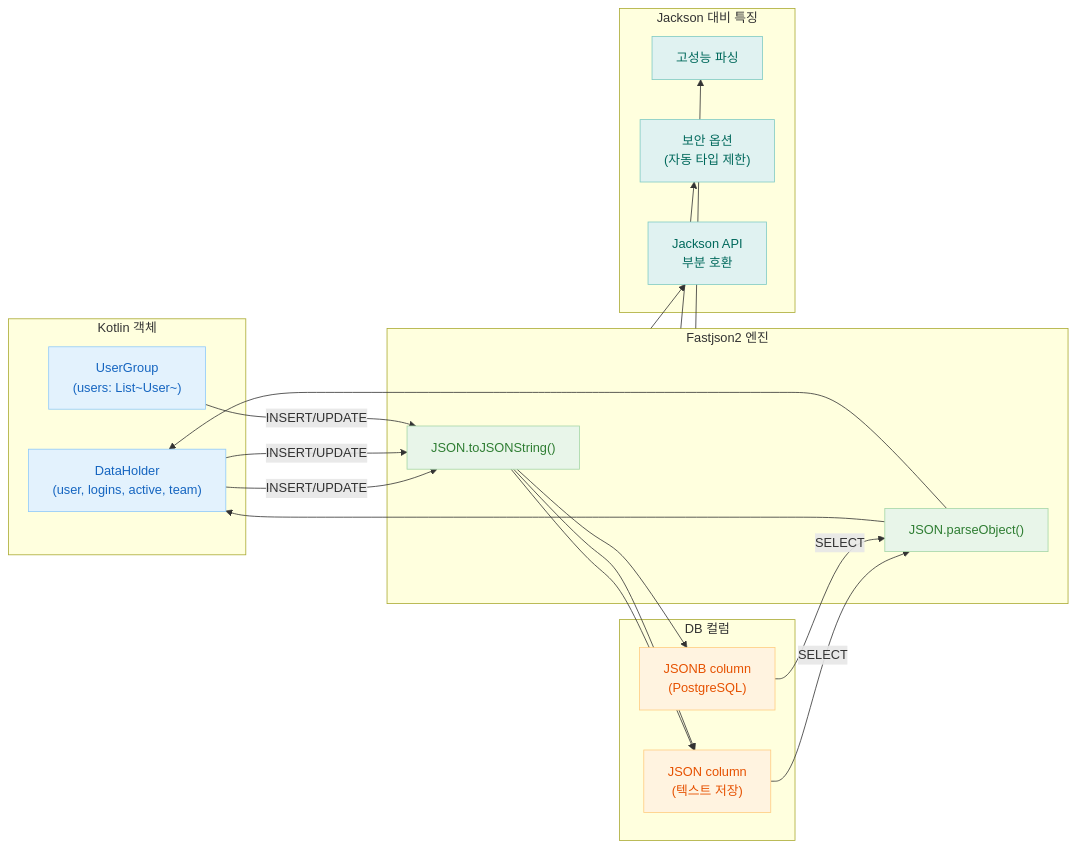
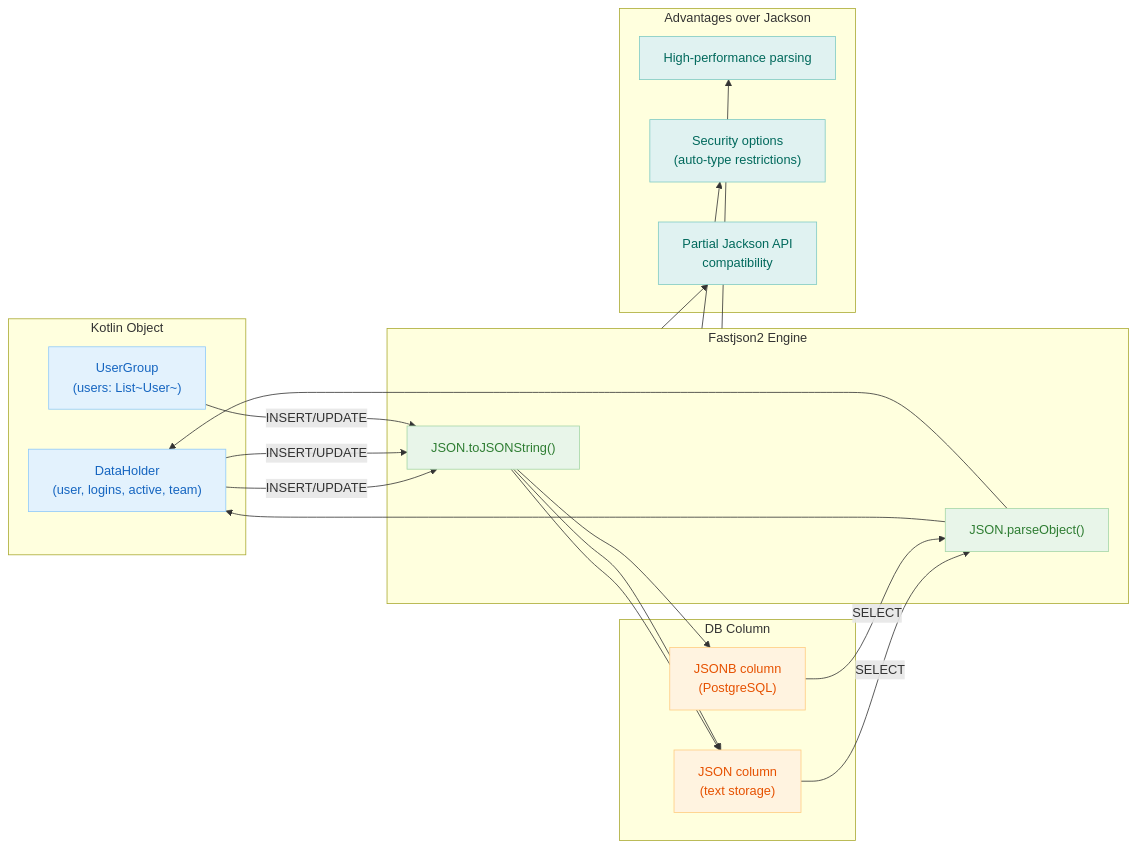
Before and after one commit to bluetape4k/exposed-workshop: the diagram in 06-advanced/09-exposed-fastjson2/README.md, drawn with Mermaid. The commit also changed other lines of this file and 115 other files, not shown here.

````diff
--- a/06-advanced/09-exposed-fastjson2/README.md
+++ b/06-advanced/09-exposed-fastjson2/README.md
@@ -17,41 +19,41 @@
 ```mermaid
 flowchart LR
-    subgraph KotlinObj["Kotlin 객체"]
+    subgraph KotlinObj["Kotlin Object"]
         DH["DataHolder\n(user, logins, active, team)"]
         UG["UserGroup\n(users: List~User~)"]
     end
 
-    subgraph Fastjson2["Fastjson2 엔진"]
+    subgraph Fastjson2["Fastjson2 Engine"]
         SER["JSON.toJSONString()"]
         DESER["JSON.parseObject()"]
     end
 
-    subgraph DBCol["DB 컬럼"]
-        JCOL["JSON column\n(텍스트 저장)"]
+    subgraph DBCol["DB Column"]
+        JCOL["JSON column\n(text storage)"]
         JBCOL["JSONB column\n(PostgreSQL)"]
     end
 
     DH -->|INSERT/UPDATE| SER --> JCOL
     DH -->|INSERT/UPDATE| SER --> JBCOL
     JCOL -->|SELECT| DESER --> DH
     JBCOL -->|SELECT| DESER --> DH
     UG -->|INSERT/UPDATE| SER --> JCOL
 
-    subgraph Comparison["Jackson 대비 특징"]
-        PERF["고성능 파싱"]
-        SEC["보안 옵션\n(자동 타입 제한)"]
-        COMPAT["Jackson API\n부분 호환"]
+    subgraph Comparison["Advantages over Jackson"]
+        PERF["High-performance parsing"]
+        SEC["Security options\n(auto-type restrictions)"]
+        COMPAT["Partial Jackson API\ncompatibility"]
     end
 
     Fastjson2 --> PERF & SEC & COMPAT
 
     classDef blue fill:#E3F2FD,stroke:#90CAF9,color:#1565C0
     classDef green fill:#E8F5E9,stroke:#A5D6A7,color:#2E7D32
     classDef orange fill:#FFF3E0,stroke:#FFCC80,color:#E65100
     classDef teal fill:#E0F2F1,stroke:#80CBC4,color:#00695C
 
     class DH,UG blue
     class SER,DESER green
     class JCOL,JBCOL orange
     class PERF,SEC,COMPAT teal
 ```
````
